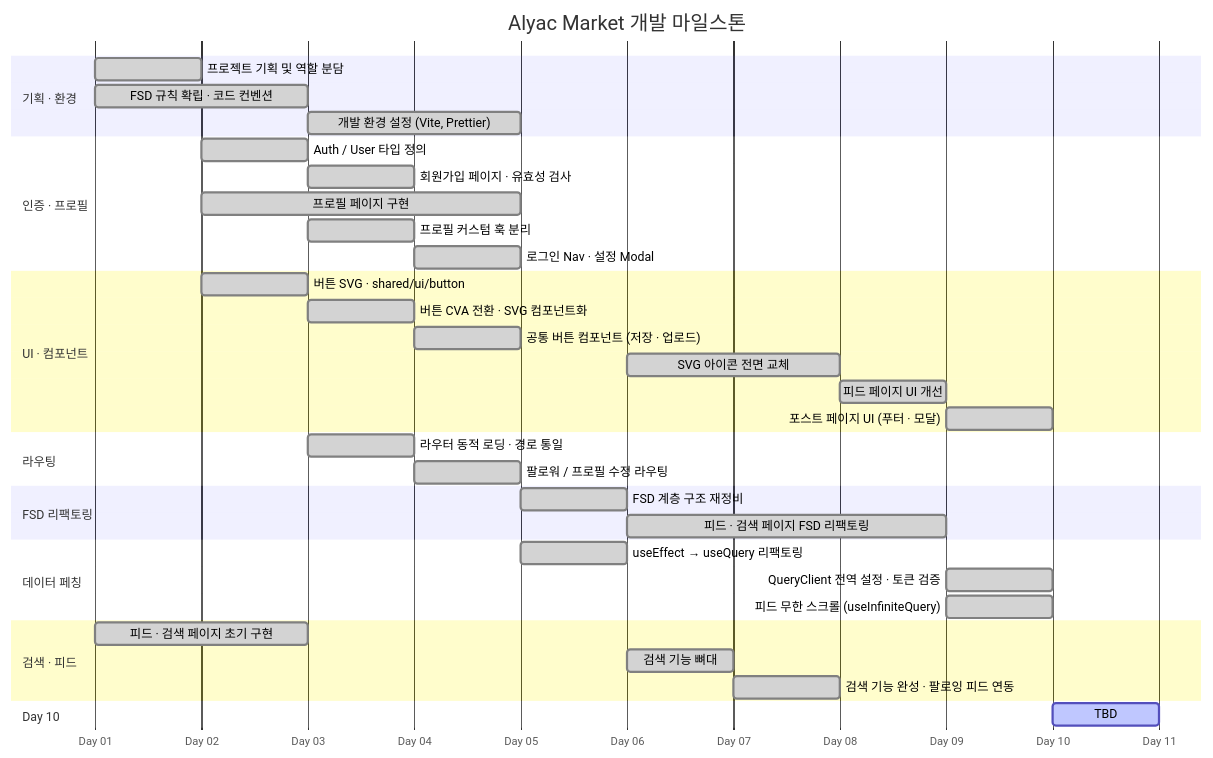
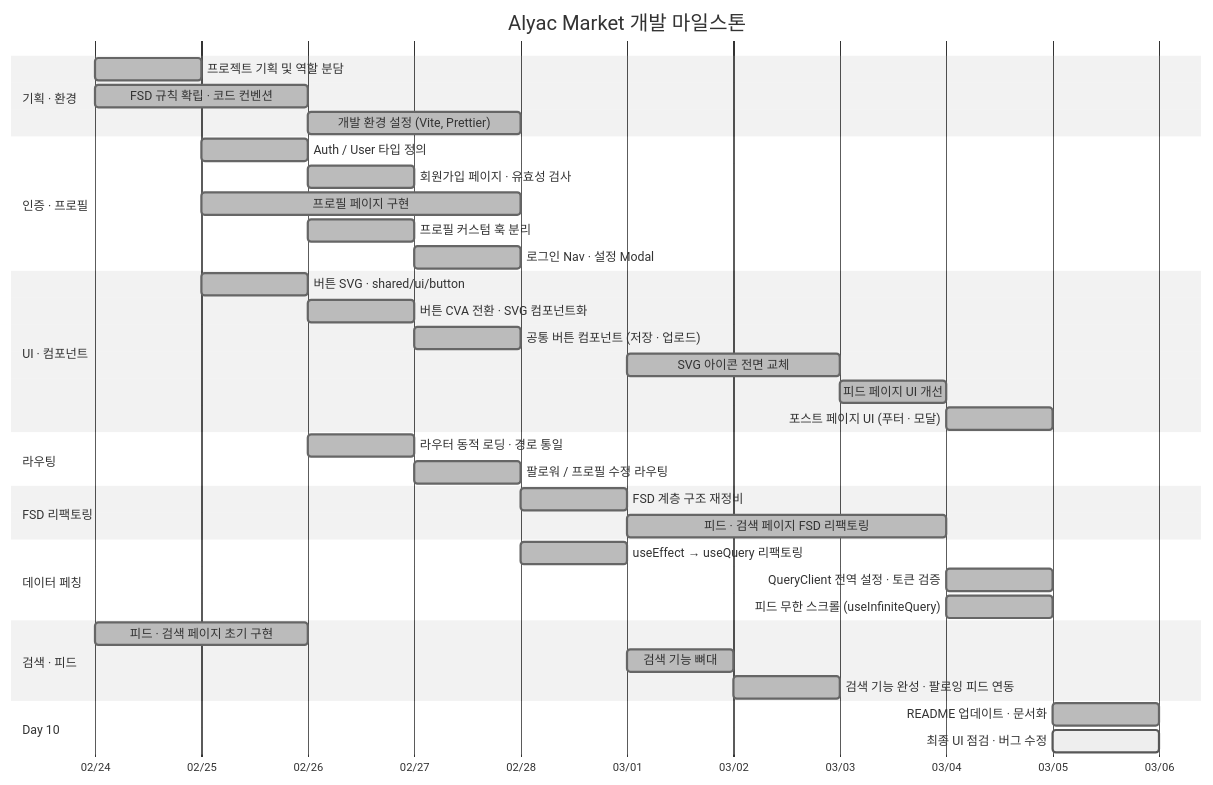
One commit to 3rd-project-team-1/ALYAC-market-team1 changed the first of 2 diagrams in README.md. Above: the diagram before and after it, drawn with Mermaid. The commit also changed other lines of this file, not shown here.

Commit message:
docs:readme - 머메이드 수정

````diff
--- a/README.md
+++ b/README.md
@@ -20,47 +20,49 @@
 ```mermaid
+%%{init: { 'theme': 'neutral' } }%%
 gantt
     title Alyac Market 개발 마일스톤
-    dateFormat  D
-    axisFormat  Day %d
+    dateFormat  YYYY-MM-DD
+    axisFormat  %m/%d
 
     section 기획 · 환경
-    프로젝트 기획 및 역할 분담          :done, d1, 1, 1d
-    FSD 규칙 확립 · 코드 컨벤션         :done, d1b, 1, 2d
-    개발 환경 설정 (Vite, Prettier)     :done, d3, 3, 2d
+    프로젝트 기획 및 역할 분담          :done, d1,   2026-02-24, 1d
+    FSD 규칙 확립 · 코드 컨벤션         :done, d1b,  2026-02-24, 2d
+    개발 환경 설정 (Vite, Prettier)     :done, d3,   2026-02-26, 2d
 
     section 인증 · 프로필
-    Auth / User 타입 정의               :done, d2a, 2, 1d
-    회원가입 페이지 · 유효성 검사        :done, d3a, 3, 1d
-    프로필 페이지 구현                   :done, d2b, 2, 3d
-    프로필 커스텀 훅 분리                :done, d3b, 3, 1d
-    로그인 Nav · 설정 Modal             :done, d4a, 4, 1d
+    Auth / User 타입 정의               :done, d2a,  2026-02-25, 1d
+    회원가입 페이지 · 유효성 검사        :done, d3a,  2026-02-26, 1d
+    프로필 페이지 구현                   :done, d2b,  2026-02-25, 3d
+    프로필 커스텀 훅 분리                :done, d3b,  2026-02-26, 1d
+    로그인 Nav · 설정 Modal             :done, d4a,  2026-02-27, 1d
 
     section UI · 컴포넌트
-    버튼 SVG · shared/ui/button         :done, d2c, 2, 1d
-    버튼 CVA 전환 · SVG 컴포넌트화      :done, d3c, 3, 1d
-    공통 버튼 컴포넌트 (저장 · 업로드)  :done, d4b, 4, 1d
-    SVG 아이콘 전면 교체                 :done, d6a, 6, 2d
-    피드 페이지 UI 개선                  :done, d8a, 8, 1d
-    포스트 페이지 UI (푸터 · 모달)       :done, d9a, 9, 1d
+    버튼 SVG · shared/ui/button         :done, d2c,  2026-02-25, 1d
+    버튼 CVA 전환 · SVG 컴포넌트화      :done, d3c,  2026-02-26, 1d
+    공통 버튼 컴포넌트 (저장 · 업로드)  :done, d4b,  2026-02-27, 1d
+    SVG 아이콘 전면 교체                 :done, d6a,  2026-03-01, 2d
+    피드 페이지 UI 개선                  :done, d8a,  2026-03-03, 1d
+    포스트 페이지 UI (푸터 · 모달)       :done, d9a,  2026-03-04, 1d
 
     section 라우팅
-    라우터 동적 로딩 · 경로 통일         :done, d3d, 3, 1d
-    팔로워 / 프로필 수정 라우팅          :done, d4c, 4, 1d
+    라우터 동적 로딩 · 경로 통일         :done, d3d,  2026-02-26, 1d
+    팔로워 / 프로필 수정 라우팅          :done, d4c,  2026-02-27, 1d
 
     section FSD 리팩토링
-    FSD 계층 구조 재정비                 :done, d5a, 5, 1d
-    피드 · 검색 페이지 FSD 리팩토링     :done, d6b, 6, 3d
+    FSD 계층 구조 재정비                 :done, d5a,  2026-02-28, 1d
+    피드 · 검색 페이지 FSD 리팩토링     :done, d6b,  2026-03-01, 3d
 
     section 데이터 페칭
-    useEffect → useQuery 리팩토링       :done, d5b, 5, 1d
-    QueryClient 전역 설정 · 토큰 검증   :done, d9b, 9, 1d
-    피드 무한 스크롤 (useInfiniteQuery) :done, d9c, 9, 1d
+    useEffect → useQuery 리팩토링       :done, d5b,  2026-02-28, 1d
+    QueryClient 전역 설정 · 토큰 검증   :done, d9b,  2026-03-04, 1d
+    피드 무한 스크롤 (useInfiniteQuery) :done, d9c,  2026-03-04, 1d
 
     section 검색 · 피드
-    피드 · 검색 페이지 초기 구현         :done, d1c, 1, 2d
-    검색 기능 뼈대                        :done, d6c, 6, 1d
-    검색 기능 완성 · 팔로잉 피드 연동    :done, d7a, 7, 1d
+    피드 · 검색 페이지 초기 구현         :done, d1c,  2026-02-24, 2d
+    검색 기능 뼈대                        :done, d6c,  2026-03-01, 1d
+    검색 기능 완성 · 팔로잉 피드 연동    :done, d7a,  2026-03-02, 1d
 
     section Day 10
-    TBD                                  :active, d10, 10, 1d
+    README 업데이트 · 문서화             :done,   d10a, 2026-03-05, 1d
+    최종 UI 점검 · 버그 수정             :active, d10b, 2026-03-05, 1d
 ```
````
